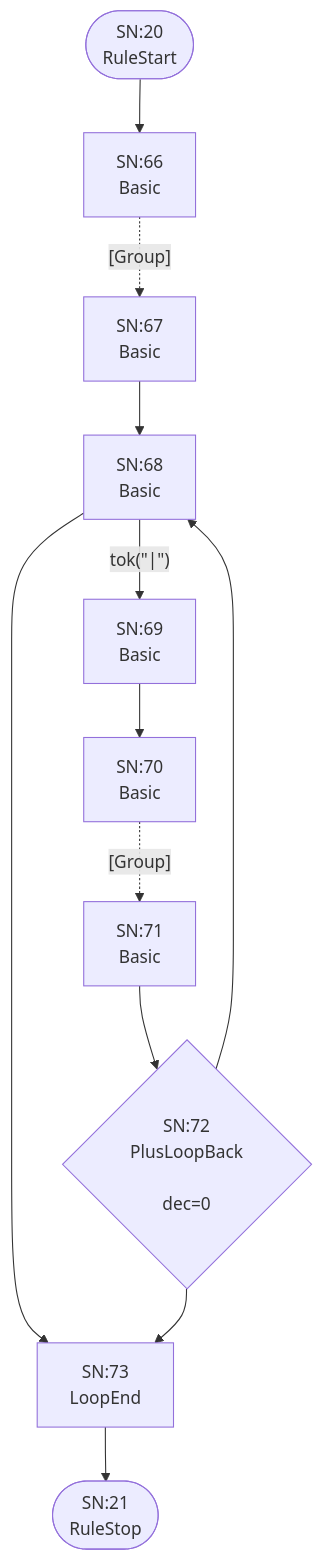
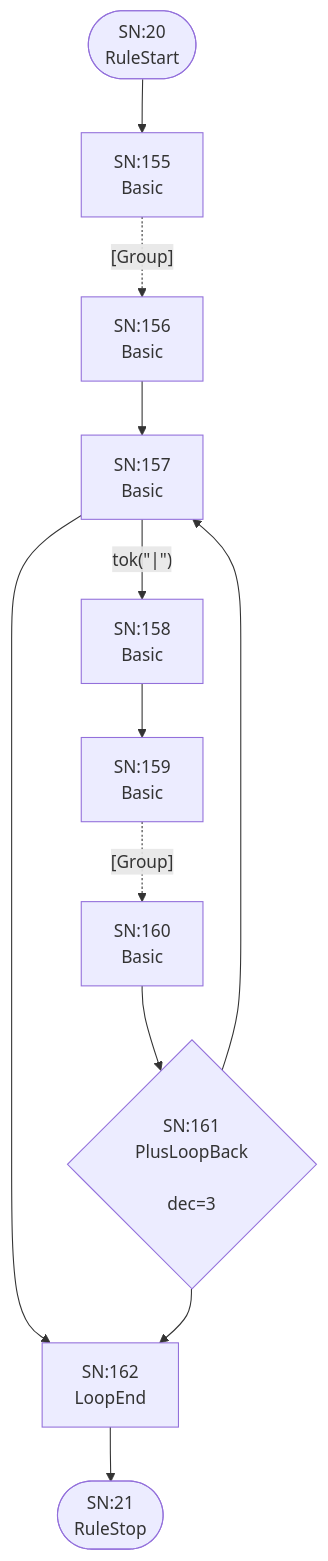
Diagram 11 of 25 in internal/grammar/atn.md (TypeFox/fastbelt), drawn with Mermaid before and after one commit. The commit also changed other lines of this file and 12 other files, not shown here.

````diff
--- a/internal/grammar/atn.md
+++ b/internal/grammar/atn.md
@@ -330,25 +330,25 @@
 ```mermaid
 flowchart TD
     q20(["SN:20<br/>RuleStart"])
     q21(["SN:21<br/>RuleStop"])
-    q66["SN:66<br/>Basic<br/>"]
-    q67["SN:67<br/>Basic<br/>"]
-    q68["SN:68<br/>Basic<br/>"]
-    q69["SN:69<br/>Basic<br/>"]
-    q70["SN:70<br/>Basic<br/>"]
-    q71["SN:71<br/>Basic<br/>"]
-    q72{"SN:72<br/>PlusLoopBack<br/><br/>dec=0"}
-    q73["SN:73<br/>LoopEnd<br/>"]
+    q155["SN:155<br/>Basic<br/>"]
+    q156["SN:156<br/>Basic<br/>"]
+    q157["SN:157<br/>Basic<br/>"]
+    q158["SN:158<br/>Basic<br/>"]
+    q159["SN:159<br/>Basic<br/>"]
+    q160["SN:160<br/>Basic<br/>"]
+    q161{"SN:161<br/>PlusLoopBack<br/><br/>dec=3"}
+    q162["SN:162<br/>LoopEnd<br/>"]
 
-    q20 --> q66
-    q66 -.->|"[Group]"| q67
-    q67 --> q68
-    q68 -->|"tok(&quot;|&quot;)"| q69
-    q68 --> q73
-    q69 --> q70
-    q70 -.->|"[Group]"| q71
-    q71 --> q72
-    q72 --> q68
-    q72 --> q73
-    q73 --> q21
+    q20 --> q155
+    q155 -.->|"[Group]"| q156
+    q156 --> q157
+    q157 -->|"tok(&quot;|&quot;)"| q158
+    q157 --> q162
+    q158 --> q159
+    q159 -.->|"[Group]"| q160
+    q160 --> q161
+    q161 --> q157
+    q161 --> q162
+    q162 --> q21
 ```
````
